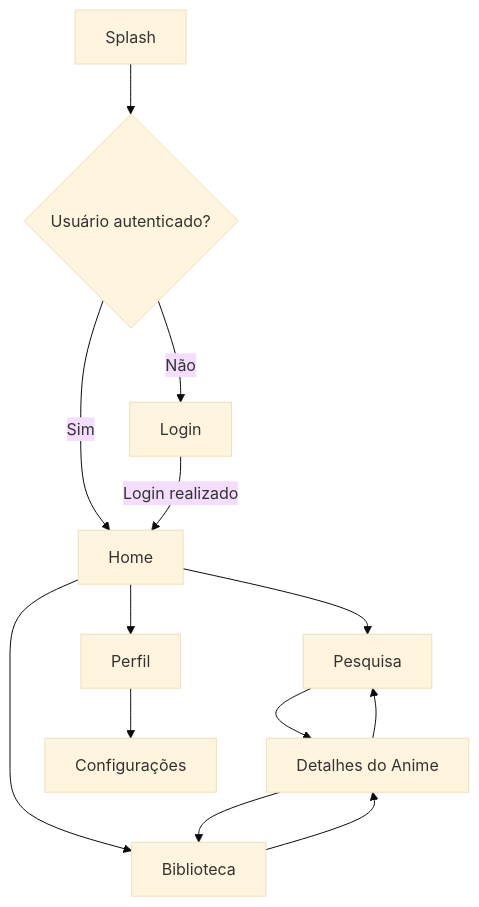
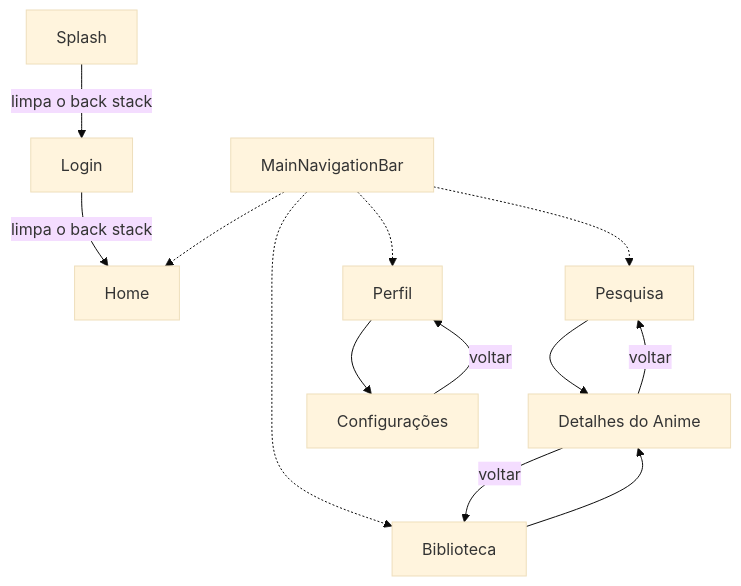
The first of 7 diagrams in docs/modelagem.md (Drufontael/mykytadu-app), drawn with Mermaid (base theme) before and after one commit. The commit also changed other lines of this file and 14 other files, not shown here.

````diff
--- a/docs/modelagem.md
+++ b/docs/modelagem.md
@@ -126,33 +128,31 @@
 ```mermaid
 flowchart TD
     Splash["Splash"]
-
-    AuthCheck{"Usuário autenticado?"}
 
     Login["Login"]
     Home["Home"]
     Search["Pesquisa"]
     AnimeDetails["Detalhes do Anime"]
     Library["Biblioteca"]
     Profile["Perfil"]
     Settings["Configurações"]
 
-    Splash --> AuthCheck
+    MainNavigation["MainNavigationBar"]
 
-    AuthCheck -->|Não| Login
-    AuthCheck -->|Sim| Home
+    Splash -->|limpa o back stack| Login
+    Login -->|limpa o back stack| Home
 
-    Login -->|Login realizado| Home
-
-    Home --> Search
-    Home --> Library
-    Home --> Profile
+    MainNavigation -.-> Home
+    MainNavigation -.-> Search
+    MainNavigation -.-> Library
+    MainNavigation -.-> Profile
 
     Search --> AnimeDetails
     Library --> AnimeDetails
 
     Profile --> Settings
 
-    AnimeDetails --> Search
-    AnimeDetails --> Library
+    AnimeDetails -->|voltar| Search
+    AnimeDetails -->|voltar| Library
+    Settings -->|voltar| Profile
 ```
````
